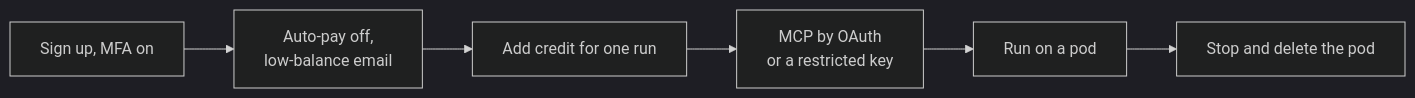
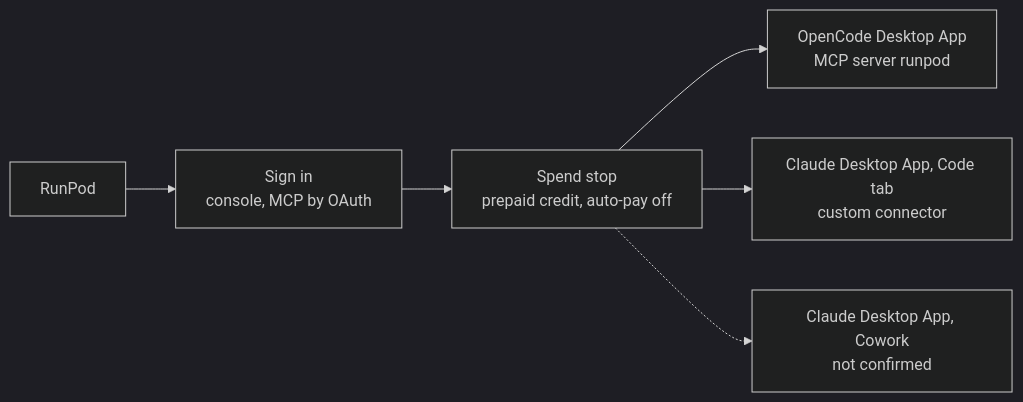
Before and after one commit to SoulCraft-Org/compute-crafter: the diagram in guides/runpod.md, drawn with Mermaid (dark theme). The commit also changed other lines of this file and 14 other files, not shown here.

First line of the commit message:
🎨 Guides batch 3: visual first, two desktop apps (RunPod, AMD, Google Cloud, ComfyUI, local models) (#199)

````diff
--- a/guides/runpod.md
+++ b/guides/runpod.md
@@ -9,4 +5,7 @@
 ```mermaid
 flowchart LR
-  S[Sign up, MFA on] --> A[Auto-pay off,<br/>low-balance email] --> C[Add credit for one run] --> K[MCP by OAuth<br/>or a restricted key] --> R[Run on a pod] --> D[Stop and delete the pod]
+  P[RunPod] --> S[Sign in<br/>console, MCP by OAuth] --> G[Spend stop<br/>prepaid credit, auto-pay off]
+  G --> O[OpenCode Desktop App<br/>MCP server runpod]
+  G --> C[Claude Desktop App, Code tab<br/>custom connector]
+  G -.-> W[Claude Desktop App, Cowork<br/>not confirmed]
 ```
````
